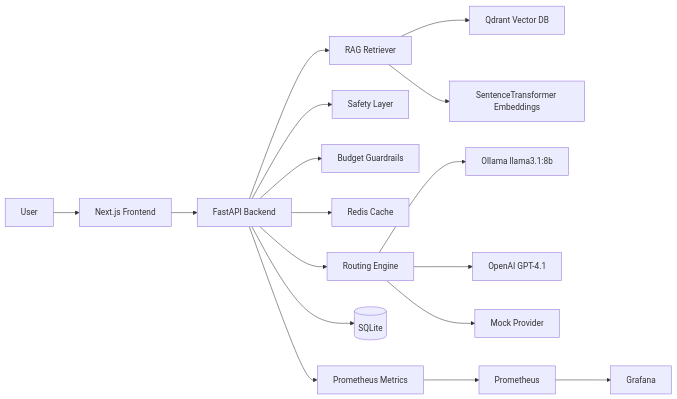
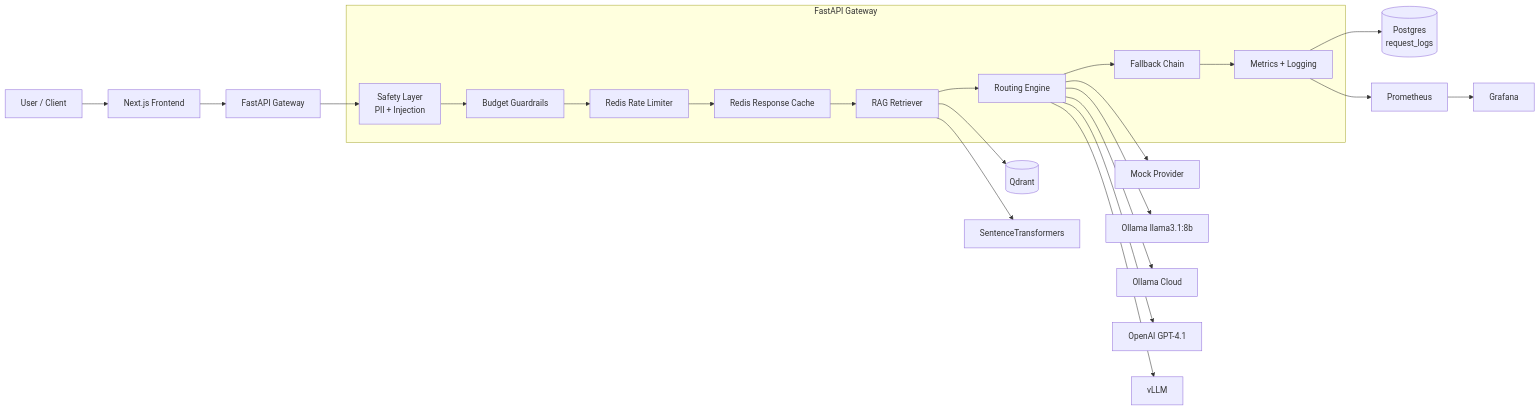
One commit to sandipanseal/InferOps-AI changed the diagram in README.md. Above: the diagram before and after it, drawn with Mermaid. The commit also changed other lines of this file and 16 other files, not shown here.

````diff
--- a/README.md
+++ b/README.md
@@ -42,23 +45,31 @@
 ```mermaid
 flowchart LR
-    U[User] --> FE[Next.js Frontend]
-    FE --> API[FastAPI Backend]
+    U[User / Client] --> FE[Next.js Frontend]
+    FE --> API[FastAPI Gateway]
 
-    API --> Router[Routing Engine]
-    API --> Safety[Safety Layer]
-    API --> Budget[Budget Guardrails]
-    API --> Cache[Redis Cache]
-    API --> RAG[RAG Retriever]
+    subgraph Gateway["FastAPI Gateway"]
+        Safety[Safety Layer<br/>PII + Injection]
+        Budget[Budget Guardrails]
+        Rate[Redis Rate Limiter]
+        Cache[Redis Response Cache]
+        RAG[RAG Retriever]
+        Router[Routing Engine]
+        Fallback[Fallback Chain]
+        Obs[Metrics + Logging]
+    end
 
-    RAG --> Qdrant[Qdrant Vector DB]
-    RAG --> Embed[SentenceTransformer Embeddings]
+    API --> Safety --> Budget --> Rate --> Cache --> RAG --> Router --> Fallback --> Obs
 
-    Router --> Local[Ollama llama3.1:8b]
+    RAG --> Qdrant[(Qdrant)]
+    RAG --> Embed[SentenceTransformers]
+
+    Router --> Mock[Mock Provider]
+    Router --> Ollama[Ollama llama3.1:8b]
+    Router --> Cloud[Ollama Cloud]
     Router --> OpenAI[OpenAI GPT-4.1]
-    Router --> Mock[Mock Provider]
+    Router --> VLLM[vLLM]
 
-    API --> DB[(SQLite)]
-    API --> Metrics[Prometheus Metrics]
-    Metrics --> Prom[Prometheus]
-    Prom --> Grafana[Grafana]
+    Obs --> PG[(Postgres<br/>request_logs)]
+    Obs --> Prom[Prometheus]
+    Prom --> Graf[Grafana]
 ```
````
